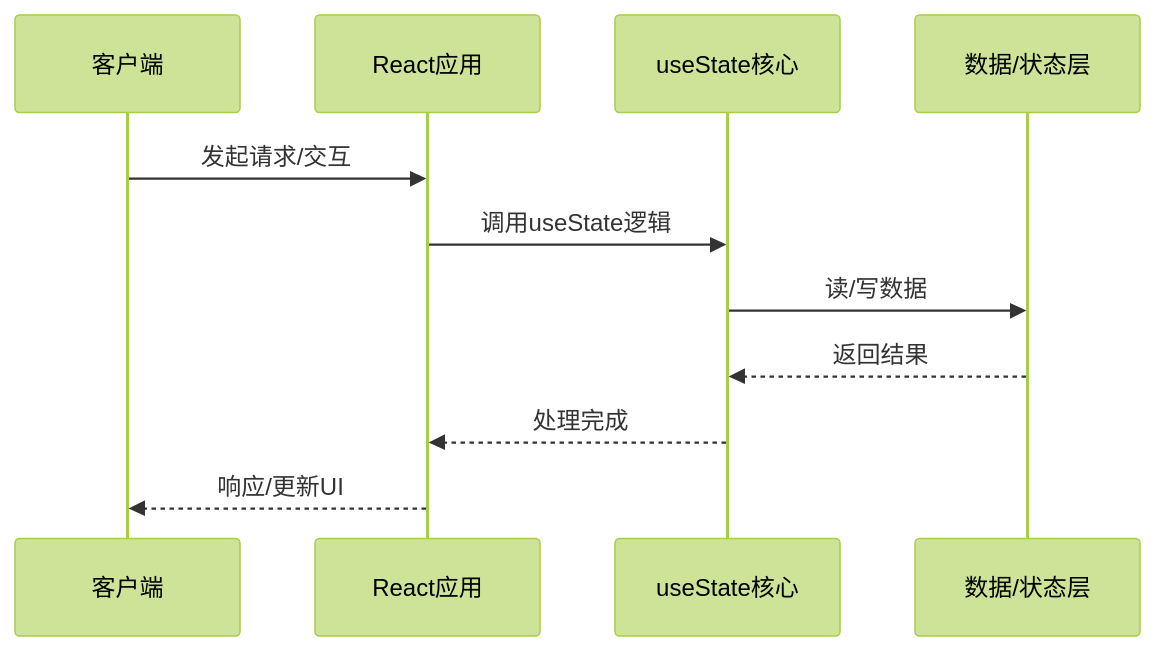
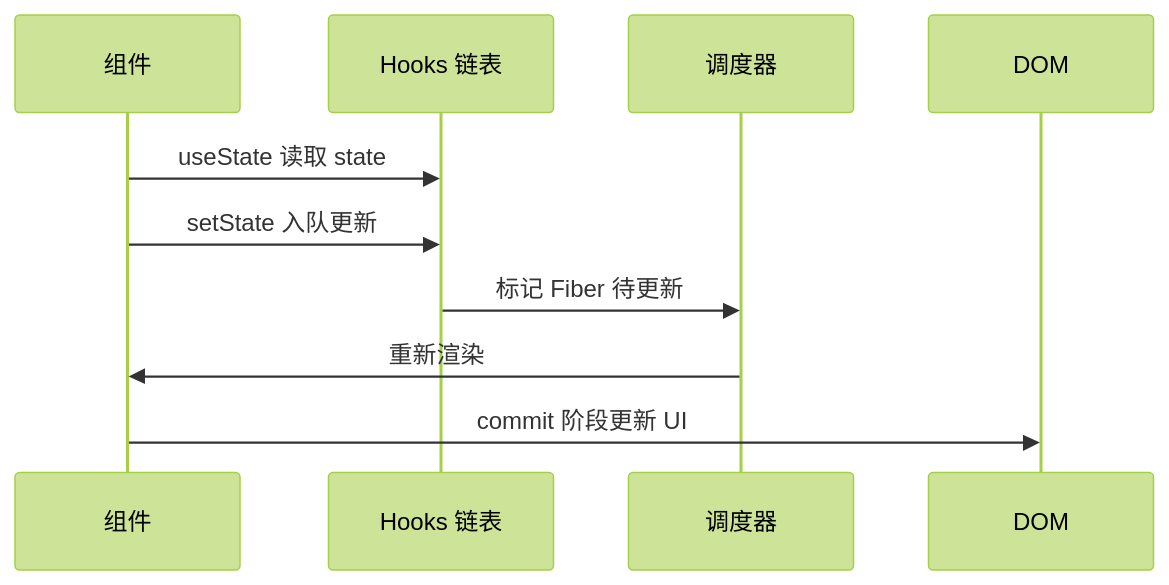
The diagram in articles/React/chapters/086-useState的实现机制详解.md (yanggan2015/knowledge-json-v2), drawn with Mermaid (forest theme) before and after one commit. The commit also changed other lines of this file and 10127 other files, not shown here.

````diff
--- a/articles/React/chapters/086-useState的实现机制详解.md
+++ b/articles/React/chapters/086-useState的实现机制详解.md
@@ -45,14 +34,12 @@
 ```mermaid
 sequenceDiagram
-    participant Client as 客户端
-    participant App as React应用
-    participant Core as useState核心
-    participant Store as 数据/状态层
-
-    Client->>App: 发起请求/交互
-    App->>Core: 调用useState逻辑
-    Core->>Store: 读/写数据
-    Store-->>Core: 返回结果
-    Core-->>App: 处理完成
-    App-->>Client: 响应/更新UI
+    participant C as 组件
+    participant H as Hooks 链表
+    participant S as 调度器
+  participant D as DOM
+    C->>H: useState 读取 state
+    C->>H: setState 入队更新
+    H->>S: 标记 Fiber 待更新
+    S->>C: 重新渲染
+    C->>D: commit 阶段更新 UI
 ```
````
